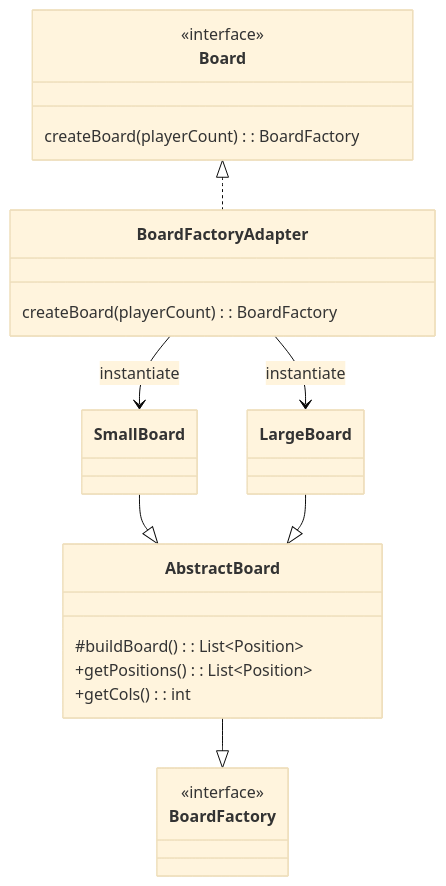
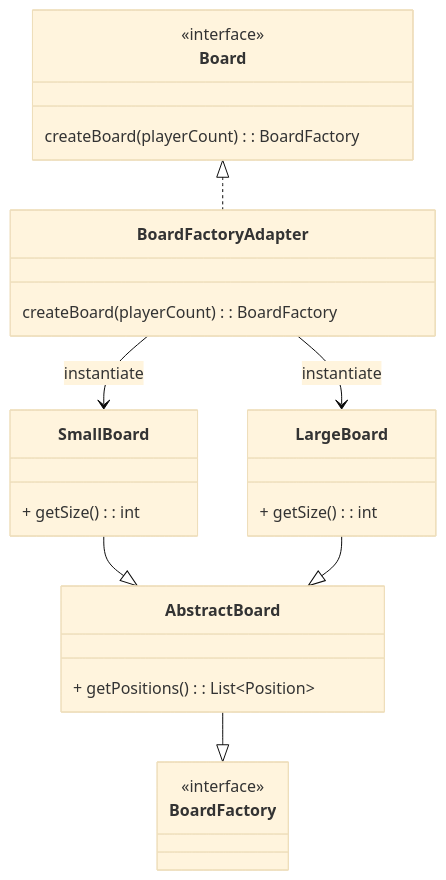
Before and after one commit to SirRmelTheThird/HyperJump: the second of 14 diagrams in README.md, drawn with Mermaid (base theme). The commit also changed other lines of this file and 1 other file, not shown here.

````diff
--- a/README.md
+++ b/README.md
@@ -96,34 +96,36 @@
 ```mermaid
 classDiagram
 Board <|.. BoardFactoryAdapter
 BoardFactoryAdapter --> SmallBoard : instantiate
 BoardFactoryAdapter --> LargeBoard : instantiate
 
     SmallBoard --|> AbstractBoard
     LargeBoard --|> AbstractBoard
 
     AbstractBoard --|> BoardFactory
 
     class Board {
         <<interface>>
         createBoard(playerCount): BoardFactory
     }
 
     class BoardFactoryAdapter {
         createBoard(playerCount): BoardFactory
     }
 
     class BoardFactory {
         <<interface>>
     }
 
     class AbstractBoard {
-        #buildBoard(): List~Position~
-        +getPositions(): List~Position~
-        +getCols(): int
+        + getPositions(): List~Position~
     }
 
-    class SmallBoard
+    class SmallBoard {
+        + getSize(): int
+    }
 
-    class LargeBoard
+    class LargeBoard {
+        + getSize(): int
+    }
 ```
````
